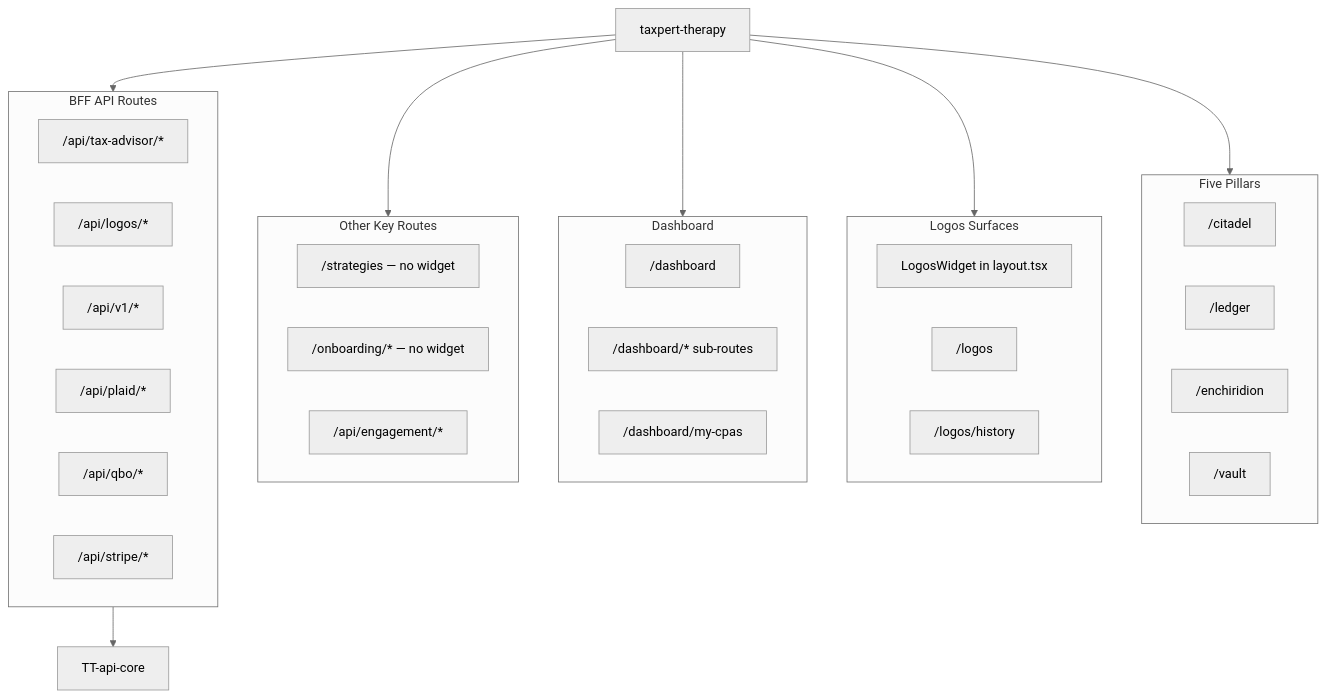
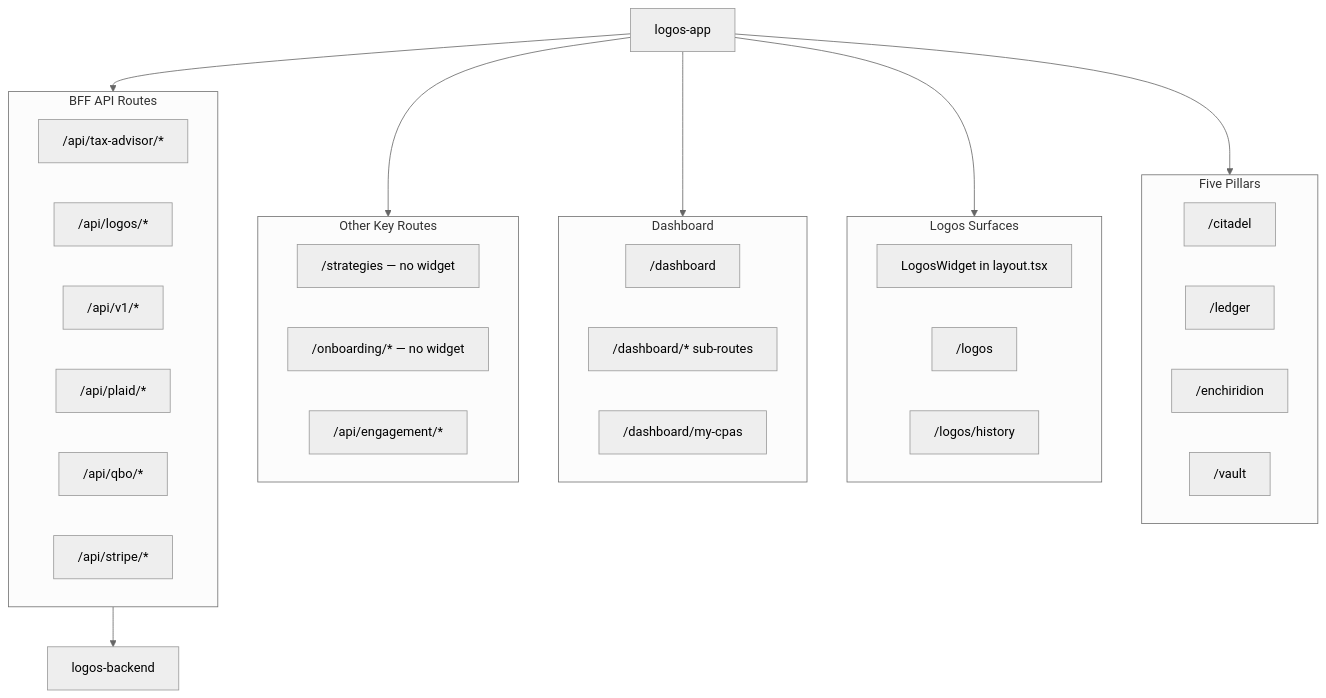
One commit to HUMANAUTICS/logos-architecture changed the second of 3 diagrams in technical-architecture.md. Above: the diagram before and after it, drawn with Mermaid (neutral theme). The commit also changed other lines of this file and 4 other files, not shown here.

````diff
--- a/technical-architecture.md
+++ b/technical-architecture.md
@@ -85,43 +93,43 @@
 ```mermaid
 graph TB
     subgraph pillars [Five Pillars]
         P1["/citadel"]
         P2["/ledger"]
         P3["/enchiridion"]
         P4["/vault"]
     end
 
     subgraph logos [Logos Surfaces]
         W[LogosWidget in layout.tsx]
         LP["/logos"]
         LH["/logos/history"]
     end
 
     subgraph dash [Dashboard]
         D["/dashboard"]
         DS["/dashboard/* sub-routes"]
         MC["/dashboard/my-cpas"]
     end
 
     subgraph other [Other Key Routes]
         STR["/strategies — no widget"]
         ONB["/onboarding/* — no widget"]
         ENG["/api/engagement/*"]
     end
 
     subgraph bff [BFF API Routes]
         TA["/api/tax-advisor/*"]
         LG["/api/logos/*"]
         V1["/api/v1/*"]
         PL["/api/plaid/*"]
         QB["/api/qbo/*"]
         ST["/api/stripe/*"]
     end
 
-    APP[taxpert-therapy] --> pillars
+    APP[logos-app] --> pillars
     APP --> logos
     APP --> dash
     APP --> other
     APP --> bff
-    bff --> CORE[TT-api-core]
+    bff --> CORE[logos-backend]
 ```
````
